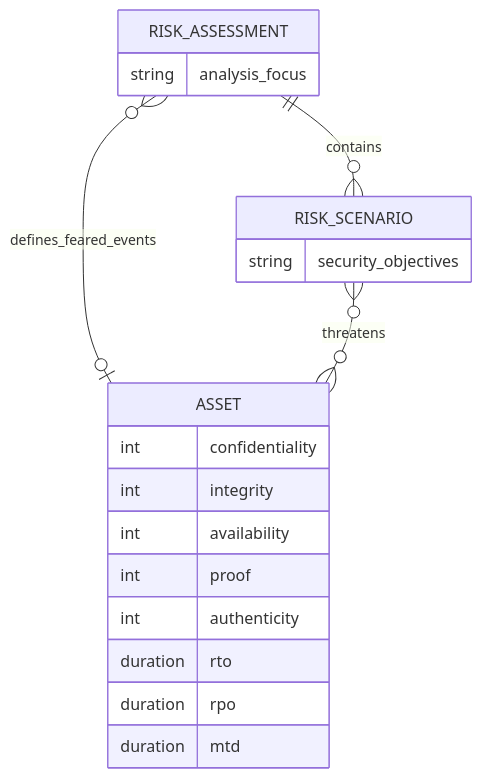
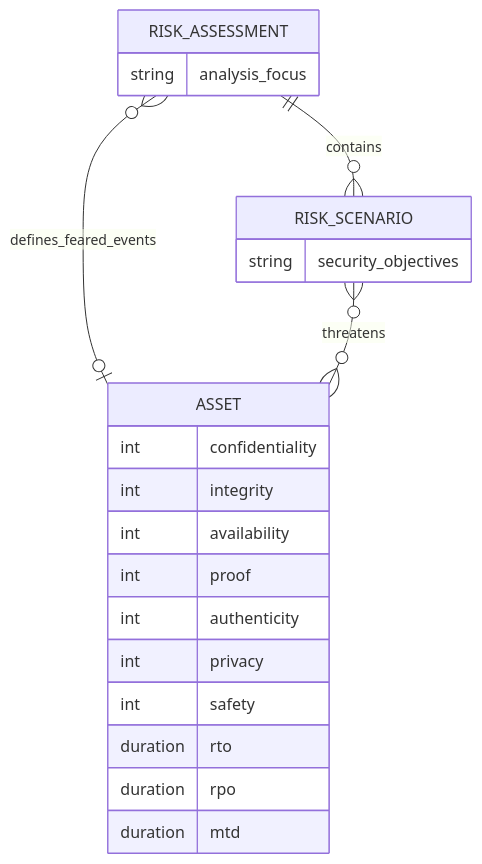
Before and after one commit to intuitem/ciso-assistant-community: the tenth of 10 diagrams in documentation/architecture/data-model.md, drawn with Mermaid. The commit also changed other lines of this file, not shown here.

````diff
--- a/documentation/architecture/data-model.md
+++ b/documentation/architecture/data-model.md
@@ -1398,28 +1406,29 @@
 ```mermaid
 erDiagram
 
     RISK_ASSESSMENT       }o--o| ASSET                 : defines_feared_events
     RISK_SCENARIO         }o--o{ ASSET                 : threatens
     RISK_ASSESSMENT       ||--o{ RISK_SCENARIO         : contains
 
     RISK_SCENARIO {
         string     security_objectives
     }
     
     RISK_ASSESSMENT {
         string     analysis_focus
     }
 
     ASSET {
         int      confidentiality
         int      integrity
         int      availability
         int      proof
         int      authenticity
+        int      privacy
+        int      safety
         duration rto
         duration rpo
         duration mtd
     }
 
-
 ```
````
